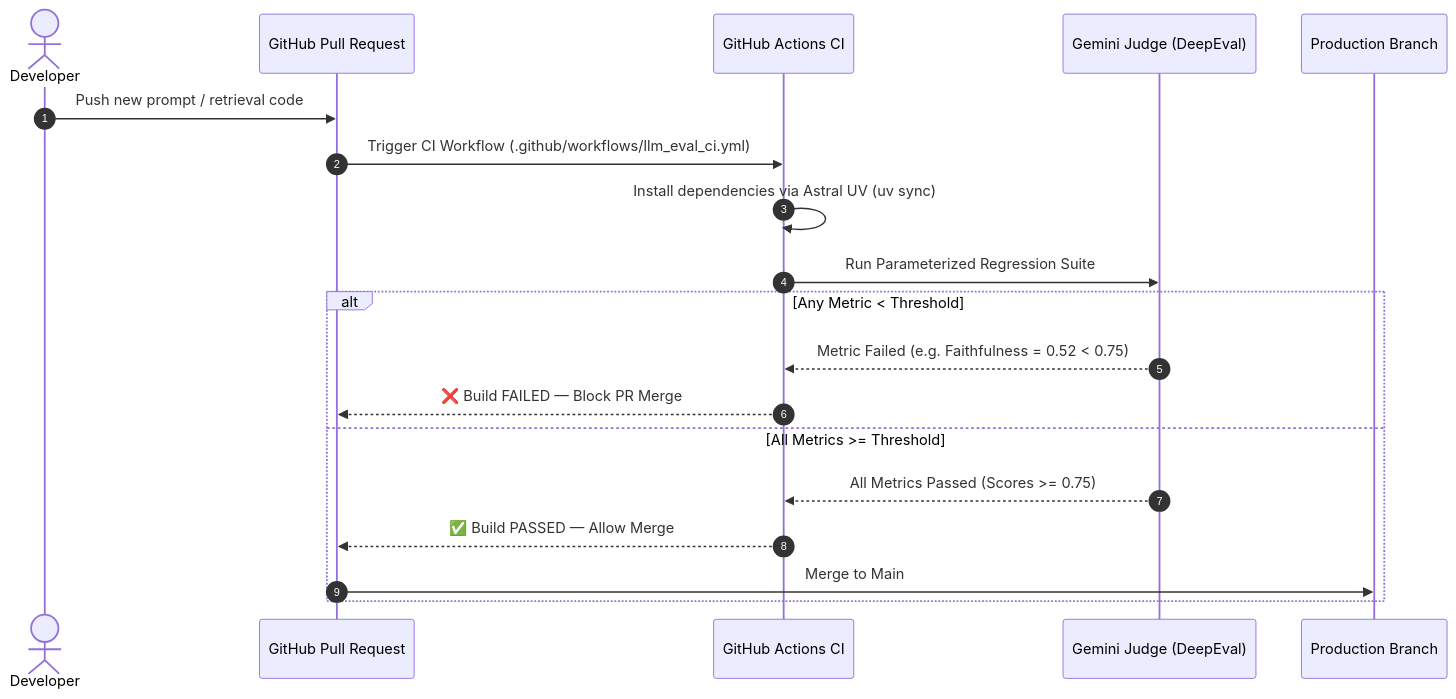
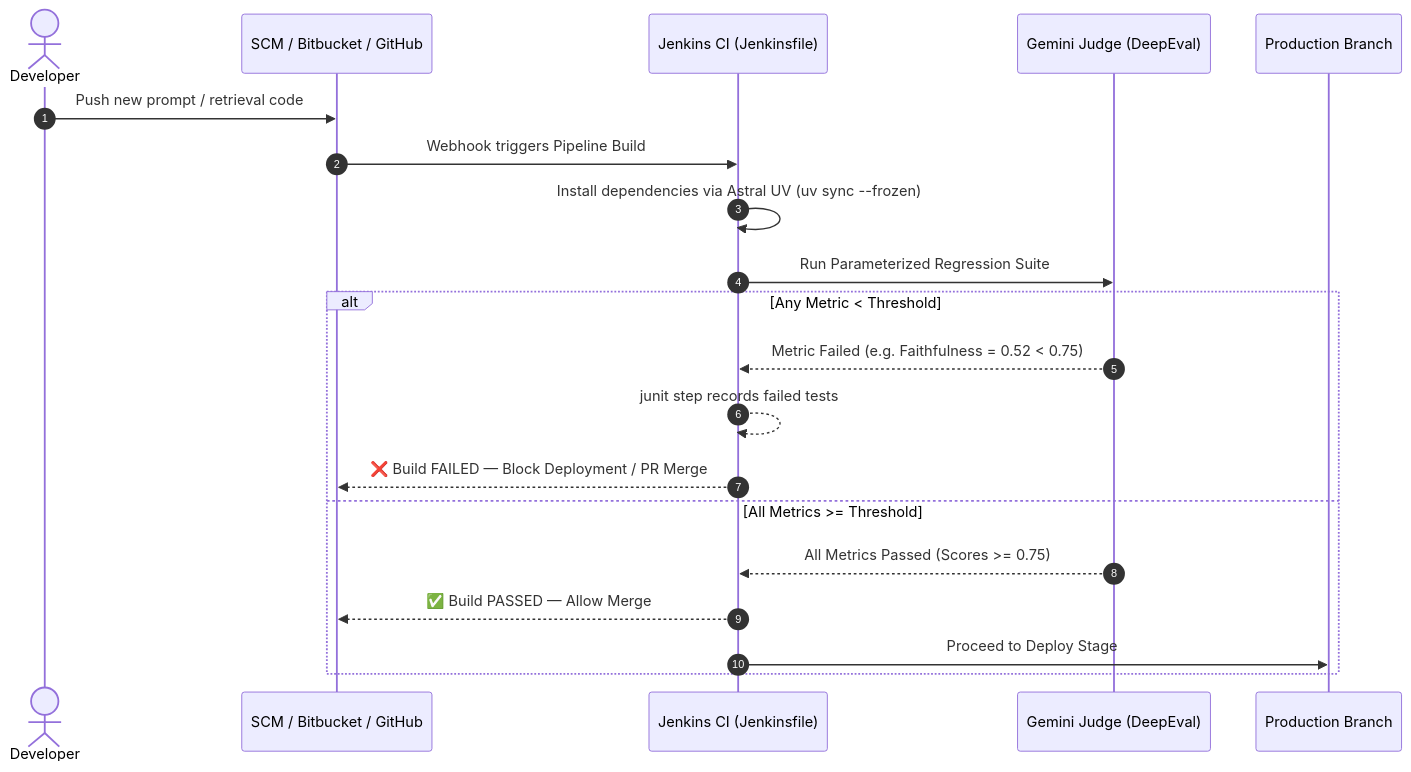
One commit to nishant2224/deep_eval changed the second of 2 diagrams in learning_notes/10_sdet_framework_and_cicd_quality_gates.md. Above: the diagram before and after it, drawn with Mermaid. The commit also changed other lines of this file and 3 other files, not shown here.

Commit message:
refactor(day-9): replace github workflow with enterprise jenkins pipeline architecture

````diff
--- a/learning_notes/10_sdet_framework_and_cicd_quality_gates.md
+++ b/learning_notes/10_sdet_framework_and_cicd_quality_gates.md
@@ -79,22 +79,23 @@
 ```mermaid
 sequenceDiagram
     autonumber
     actor Dev as Developer
-    participant PR as GitHub Pull Request
-    participant Action as GitHub Actions CI
+    participant Git as SCM / Bitbucket / GitHub
+    participant Jenkins as Jenkins CI (Jenkinsfile)
     participant Judge as Gemini Judge (DeepEval)
     participant Main as Production Branch
 
-    Dev->>PR: Push new prompt / retrieval code
-    PR->>Action: Trigger CI Workflow (.github/workflows/llm_eval_ci.yml)
-    Action->>Action: Install dependencies via Astral UV (uv sync)
-    Action->>Judge: Run Parameterized Regression Suite
+    Dev->>Git: Push new prompt / retrieval code
+    Git->>Jenkins: Webhook triggers Pipeline Build
+    Jenkins->>Jenkins: Install dependencies via Astral UV (uv sync --frozen)
+    Jenkins->>Judge: Run Parameterized Regression Suite
     alt Any Metric < Threshold
-        Judge-->>Action: Metric Failed (e.g. Faithfulness = 0.52 < 0.75)
-        Action-->>PR: ❌ Build FAILED — Block PR Merge
+        Judge-->>Jenkins: Metric Failed (e.g. Faithfulness = 0.52 < 0.75)
+        Jenkins-->>Jenkins: junit step records failed tests
+        Jenkins-->>Git: ❌ Build FAILED — Block Deployment / PR Merge
     else All Metrics >= Threshold
-        Judge-->>Action: All Metrics Passed (Scores >= 0.75)
-        Action-->>PR: ✅ Build PASSED — Allow Merge
-        PR->>Main: Merge to Main
+        Judge-->>Jenkins: All Metrics Passed (Scores >= 0.75)
+        Jenkins-->>Git: ✅ Build PASSED — Allow Merge
+        Jenkins->>Main: Proceed to Deploy Stage
     end
 ```
````
